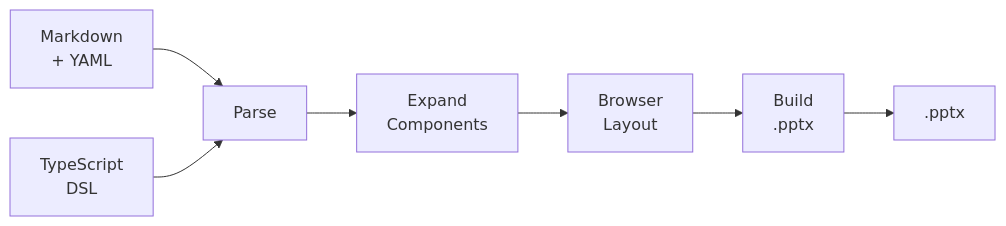
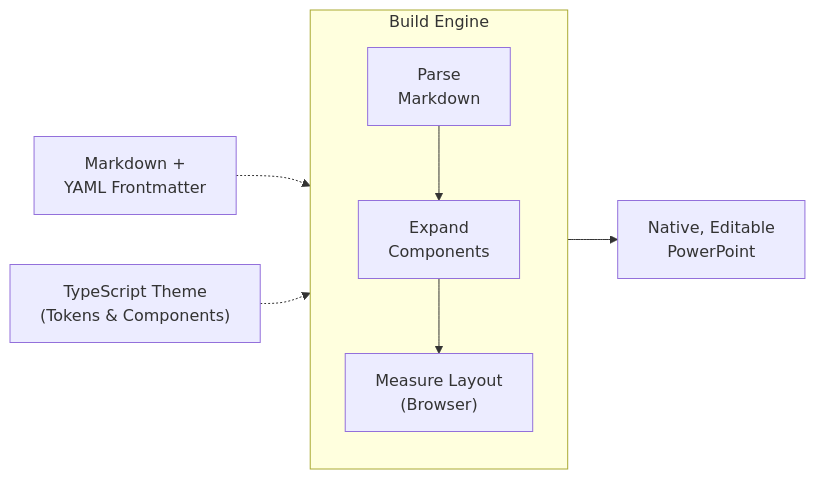
One commit to tycoworks/tycoslide changed the diagram in packages/theme-default/examples/showcase.md. Above: the diagram before and after it, drawn with Mermaid. The commit also changed other lines of this file and 2 other files, not shown here.

First line of the commit message:
Theme cleanup: stat rename, quote dark variant, table token fixes

```diff
--- a/packages/theme-default/examples/showcase.md
+++ b/packages/theme-default/examples/showcase.md
@@ -119,10 +109,11 @@
 :::mermaid
 flowchart LR
-  MD["Markdown<br/>+ YAML"] --> PARSE["Parse"]
-  TS["TypeScript<br/>DSL"] --> PARSE
-  PARSE --> EXPAND["Expand<br/>Components"]
-  EXPAND --> LAYOUT["Browser<br/>Layout"]
-  LAYOUT --> RENDER["Build<br/>.pptx"]
-  RENDER --> FILE[".pptx"]
-  class PARSE,EXPAND,LAYOUT,RENDER primary
+  MD["Markdown +<br/>YAML Frontmatter"] -.-> BUILD
+  TS["TypeScript Theme<br/>(Tokens & Components)"] -.-> BUILD
+  subgraph BUILD ["Build Engine"]
+    direction TB
+    PARSE["Parse<br/>Markdown"] --> EXPAND["Expand<br/>Components"] --> MEASURE["Measure Layout<br/>(Browser)"]
+  end
+  BUILD --> PPTX["Native, Editable<br/>PowerPoint"]
+  class PARSE,EXPAND,MEASURE primary
 :::
```
